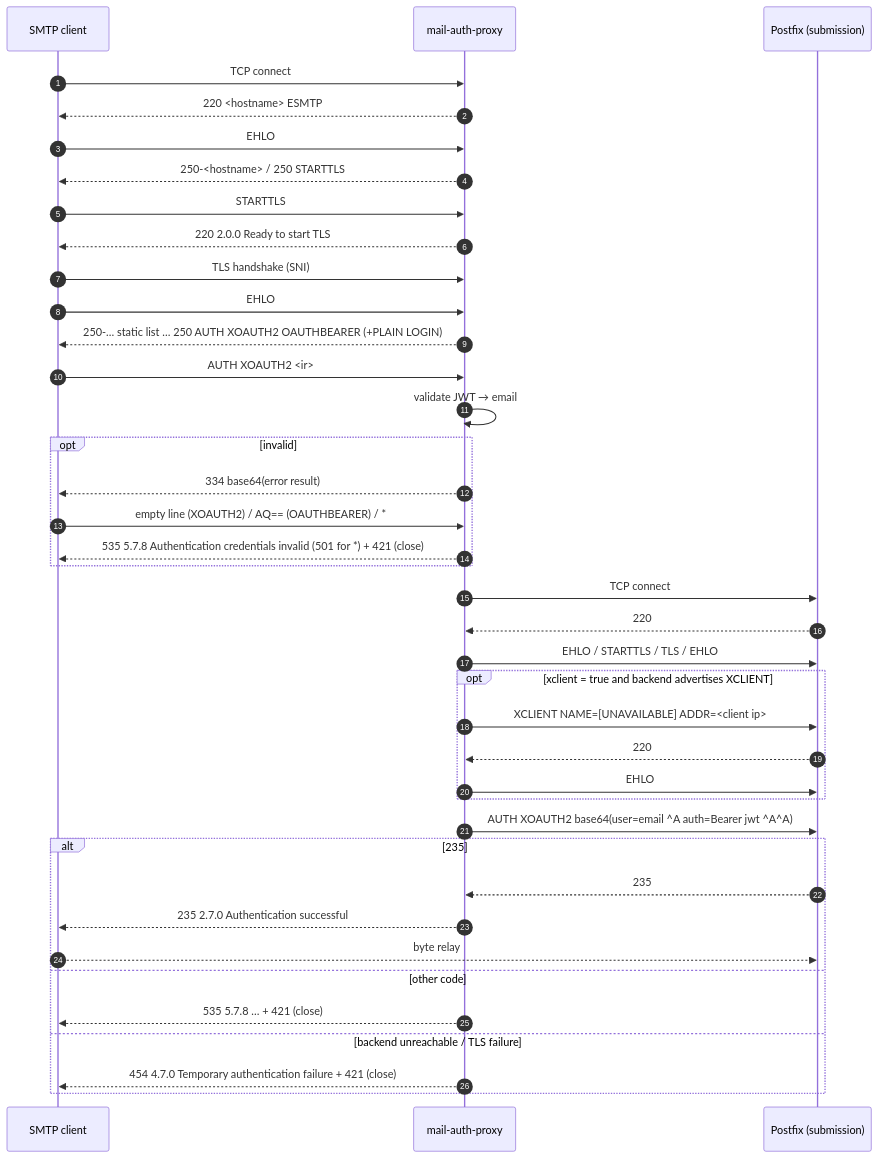
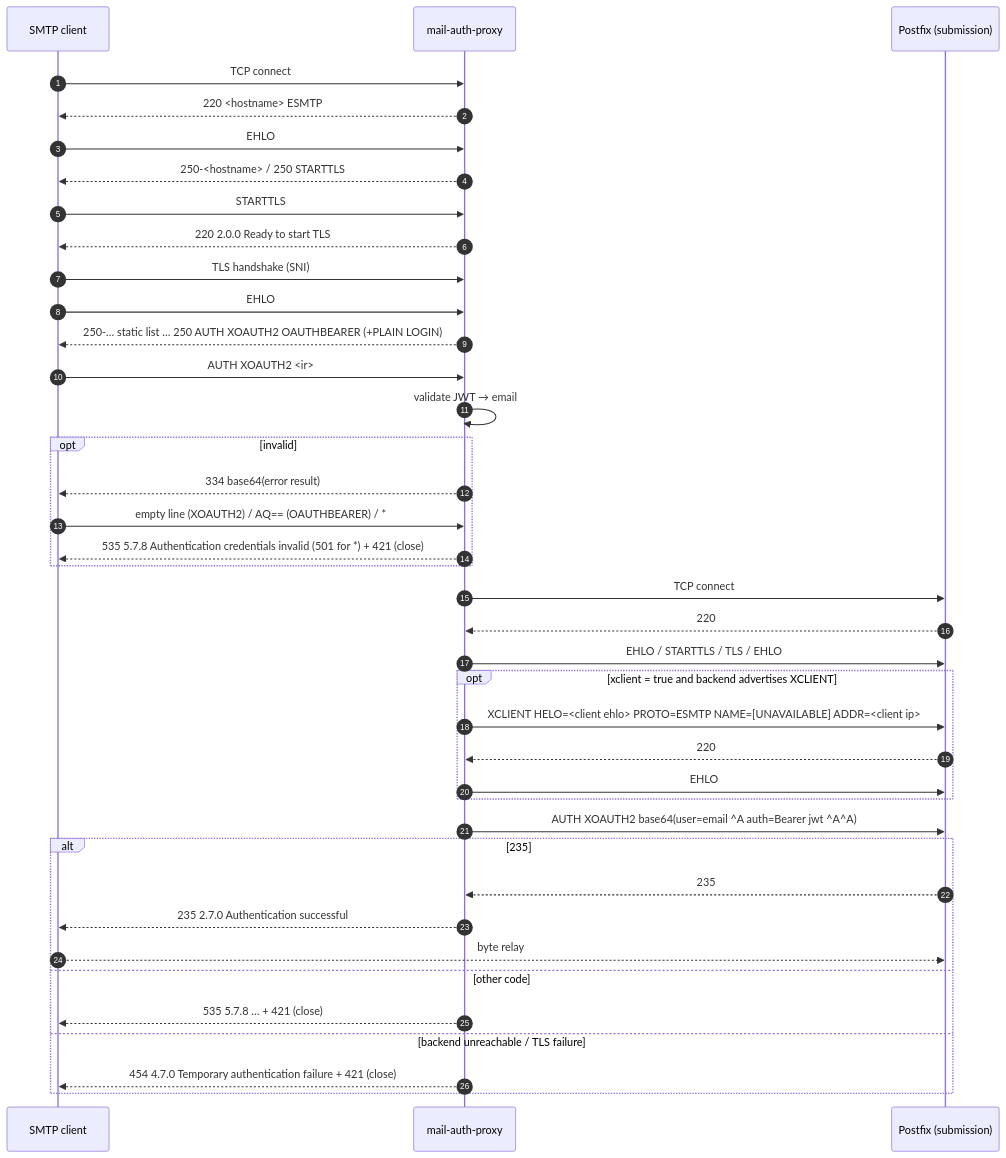
One commit to NK-IT-CLOUD/mail-auth-proxy changed the second of 3 diagrams in docs/protocols.md. Above: the diagram before and after it, drawn with Mermaid. The commit also changed other lines of this file and 35 other files, not shown here.

````diff
--- a/docs/protocols.md
+++ b/docs/protocols.md
@@ -198,41 +202,41 @@
 ```mermaid
 sequenceDiagram
     autonumber
     participant C as SMTP client
     participant P as mail-auth-proxy
     participant B as Postfix (submission)
     C->>P: TCP connect
     P-->>C: 220 <hostname> ESMTP
     C->>P: EHLO
     P-->>C: 250-<hostname> / 250 STARTTLS
     C->>P: STARTTLS
     P-->>C: 220 2.0.0 Ready to start TLS
     C->>P: TLS handshake (SNI)
     C->>P: EHLO
     P-->>C: 250-… static list … 250 AUTH XOAUTH2 OAUTHBEARER (+PLAIN LOGIN)
     C->>P: AUTH XOAUTH2 <ir>
     P->>P: validate JWT → email
     opt invalid
         P-->>C: 334 base64(error result)
         C->>P: empty line (XOAUTH2) / AQ== (OAUTHBEARER) / *
         P-->>C: 535 5.7.8 Authentication credentials invalid (501 for *) + 421 (close)
     end
     P->>B: TCP connect
     B-->>P: 220
     P->>B: EHLO / STARTTLS / TLS / EHLO
     opt xclient = true and backend advertises XCLIENT
-        P->>B: XCLIENT NAME=[UNAVAILABLE] ADDR=<client ip>
+        P->>B: XCLIENT HELO=<client ehlo> PROTO=ESMTP NAME=[UNAVAILABLE] ADDR=<client ip>
         B-->>P: 220
         P->>B: EHLO
     end
     P->>B: AUTH XOAUTH2 base64(user=email ^A auth=Bearer jwt ^A^A)
     alt 235
         B-->>P: 235
         P-->>C: 235 2.7.0 Authentication successful
         C-->>B: byte relay
     else other code
         P-->>C: 535 5.7.8 … + 421 (close)
     else backend unreachable / TLS failure
         P-->>C: 454 4.7.0 Temporary authentication failure + 421 (close)
     end
 ```
````
